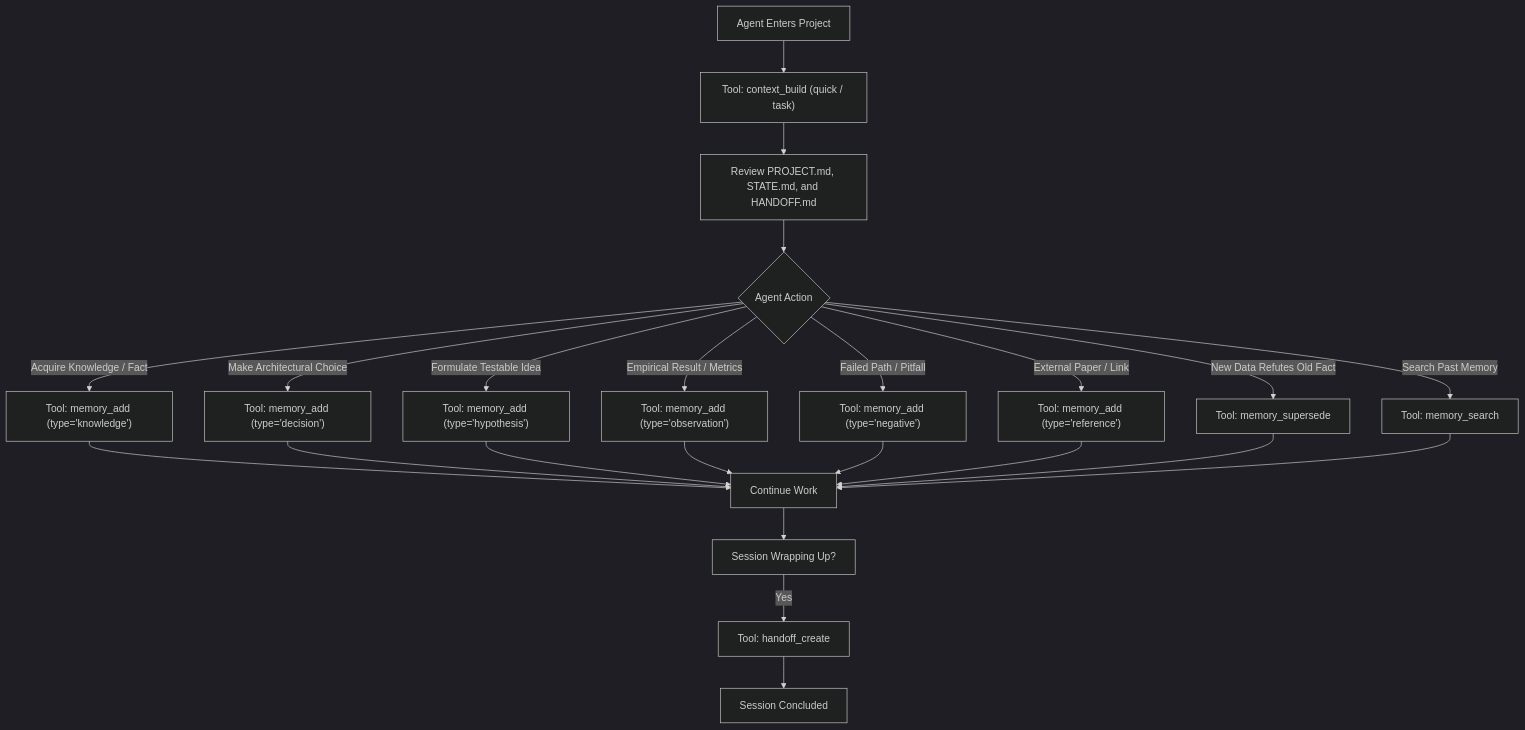
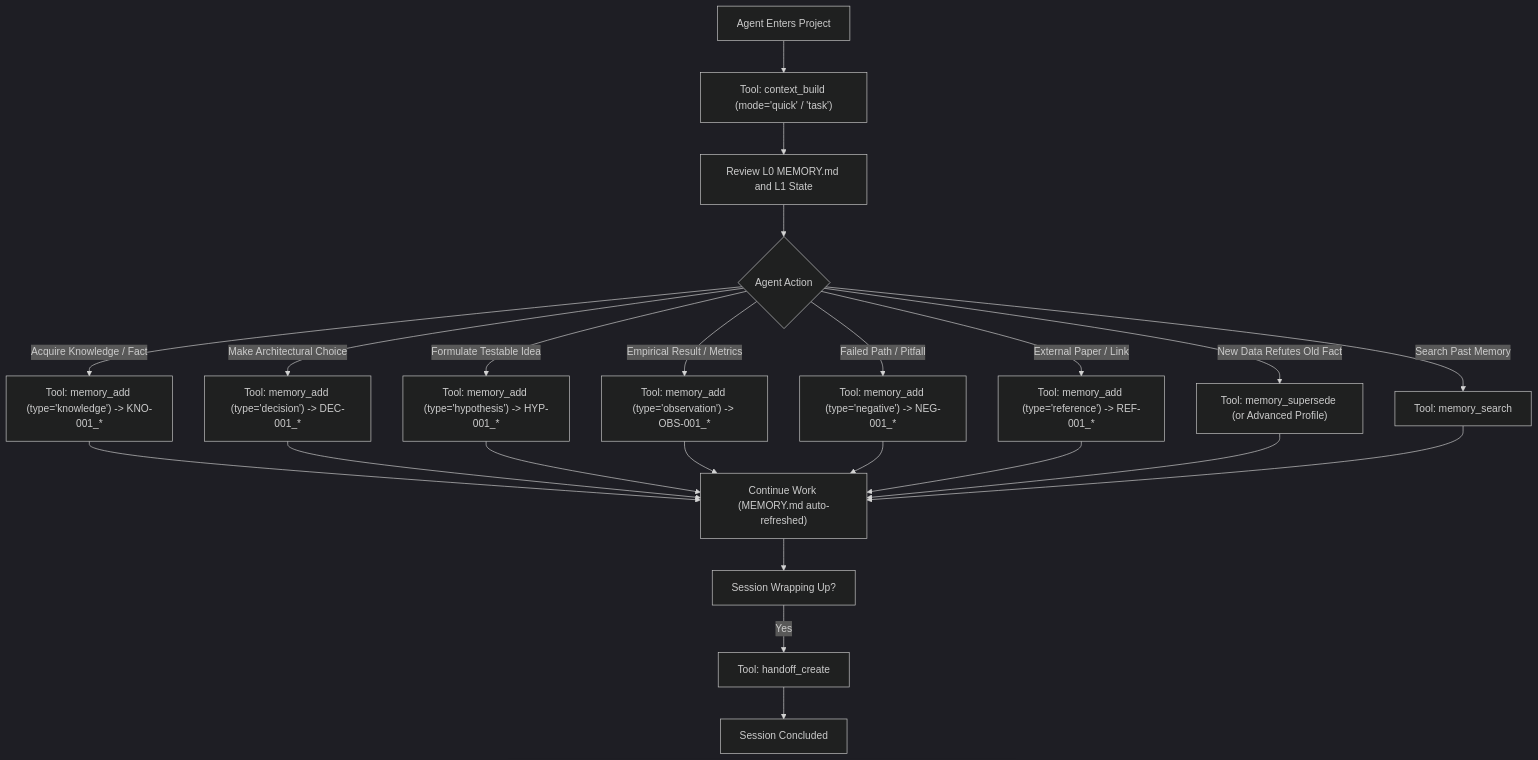
Before and after one commit to ixijxjgxidj-cmd/ResearchOS: the diagram in AGENTS.md, drawn with Mermaid (dark theme). The commit also changed other lines of this file and 33 other files, not shown here.

Commit message:
feat(v3): Lightweight scientific memory architecture with compaction auto-recovery and lite MCP profile

````diff
--- a/AGENTS.md
+++ b/AGENTS.md
@@ -25,25 +25,25 @@
 ```mermaid
 flowchart TD
-    A["Agent Enters Project"] --> B["Tool: context_build (quick / task)"]
-    B --> C["Review PROJECT.md, STATE.md, and HANDOFF.md"]
+    A["Agent Enters Project"] --> B["Tool: context_build (mode='quick' / 'task')"]
+    B --> C["Review L0 MEMORY.md and L1 State"]
     C --> D{"Agent Action"}
-    D -->|"Acquire Knowledge / Fact"| E["Tool: memory_add (type='knowledge')"]
-    D -->|"Make Architectural Choice"| F["Tool: memory_add (type='decision')"]
-    D -->|"Formulate Testable Idea"| G["Tool: memory_add (type='hypothesis')"]
-    D -->|"Empirical Result / Metrics"| H["Tool: memory_add (type='observation')"]
-    D -->|"Failed Path / Pitfall"| I["Tool: memory_add (type='negative')"]
-    D -->|"External Paper / Link"| J["Tool: memory_add (type='reference')"]
-    D -->|"New Data Refutes Old Fact"| K["Tool: memory_supersede"]
+    D -->|"Acquire Knowledge / Fact"| E["Tool: memory_add (type='knowledge') -> KNO-001_*"]
+    D -->|"Make Architectural Choice"| F["Tool: memory_add (type='decision') -> DEC-001_*"]
+    D -->|"Formulate Testable Idea"| G["Tool: memory_add (type='hypothesis') -> HYP-001_*"]
+    D -->|"Empirical Result / Metrics"| H["Tool: memory_add (type='observation') -> OBS-001_*"]
+    D -->|"Failed Path / Pitfall"| I["Tool: memory_add (type='negative') -> NEG-001_*"]
+    D -->|"External Paper / Link"| J["Tool: memory_add (type='reference') -> REF-001_*"]
+    D -->|"New Data Refutes Old Fact"| K["Tool: memory_supersede (or Advanced Profile)"]
     D -->|"Search Past Memory"| L["Tool: memory_search"]
-    E --> M["Continue Work"]
+    E --> M["Continue Work (MEMORY.md auto-refreshed)"]
     F --> M
     G --> M
     H --> M
     I --> M
     J --> M
     K --> M
     L --> M
     M --> N["Session Wrapping Up?"]
     N -->|"Yes"| O["Tool: handoff_create"]
     O --> P["Session Concluded"]
 ```
````
